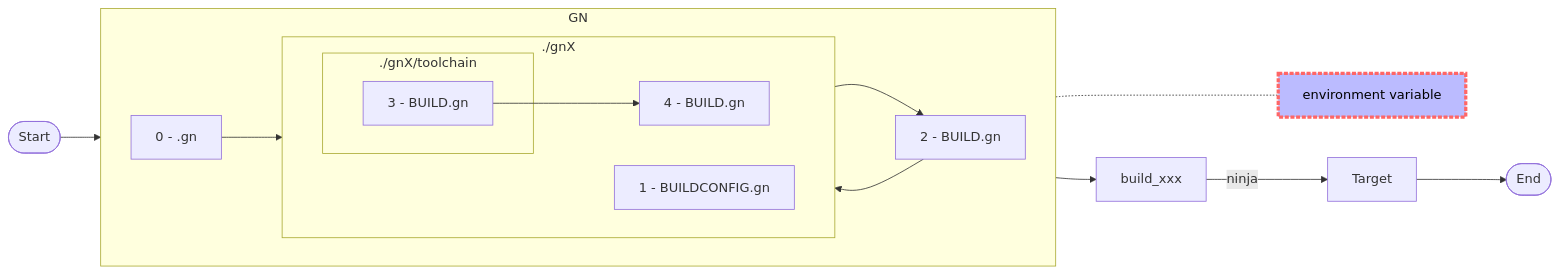
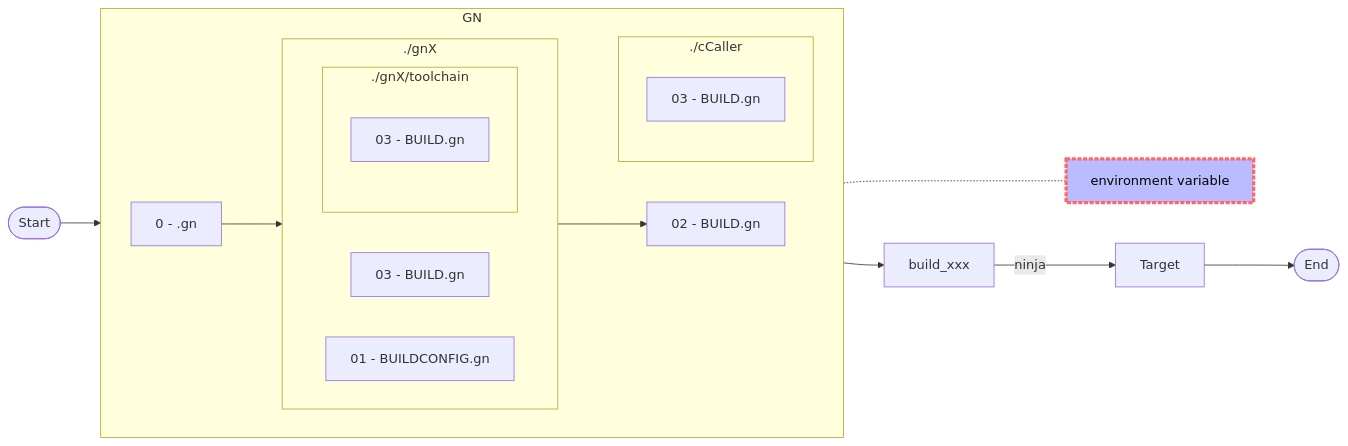
Before and after one commit to lankahsu520/makeXcmakeXmesonXgn: the fourth of 4 diagrams in README.md, drawn with Mermaid. The commit also changed 8 other files, not shown here.

````diff
--- a/README.md
+++ b/README.md
@@ -118,25 +118,28 @@
 ```mermaid
 flowchart LR
 	Start([Start])
 	subgraph GN[GN]
 		direction LR
 		.gn[0 - .gn]
-		BUILD.gn[2 - BUILD.gn]
+		BUILD.gn[02 - BUILD.gn]
 		subgraph gnX[./gnX]
 			direction LR
-			BUILD.gn-gnX[4 - BUILD.gn]
-			BUILDCONFIG.gn[1 - BUILDCONFIG.gn]
+			BUILD.gn-gnX[03 - BUILD.gn]
+			BUILDCONFIG.gn[01 - BUILDCONFIG.gn]
 			subgraph toolchain[./gnX/toolchain]
-				BUILD.gn-toolchain[3 - BUILD.gn]
+				BUILD.gn-toolchain[03 - BUILD.gn]
 			end
 		end
-		.gn --> BUILDCONFIG.gn --> BUILD.gn --> BUILD.gn-toolchain --> BUILD.gn-gnX
+		subgraph cCaller[./cCaller]
+			BUILD.gn-cCaller[03 - BUILD.gn]
+		end
+		.gn --> BUILDCONFIG.gn --> BUILD.gn 
 	end
 	End([End])
 	
 	environment[environment variable]
 	style environment fill:#bbf,color:#000000,stroke:#f66,stroke-width:4px,stroke-dasharray: 5 2
 
 	Start --> GN --> build_xxx --> |ninja|Target --> End
 	GN -..- environment
 ```
````
